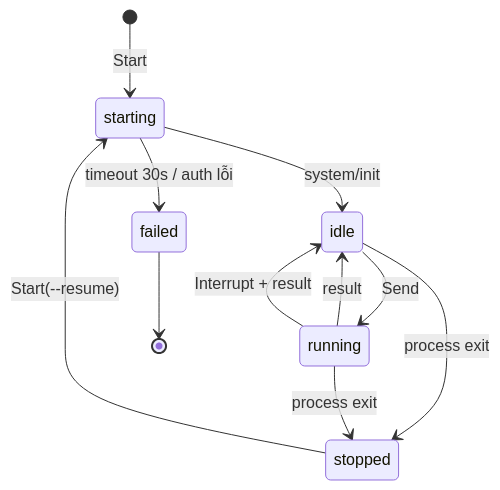
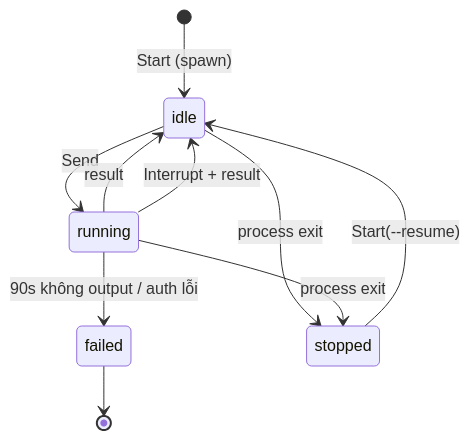
The third of 3 diagrams in docs/specs/features/agent-runtime/design.md (chjpcojit/agents-management), drawn with Mermaid before and after one commit. The commit also changed other lines of this file and 44 other files, not shown here.

````diff
--- a/docs/specs/features/agent-runtime/design.md
+++ b/docs/specs/features/agent-runtime/design.md
@@ -105,13 +109,12 @@
 ```mermaid
 stateDiagram-v2
-    [*] --> starting: Start
-    starting --> idle: system/init
-    starting --> failed: timeout 30s / auth lỗi
+    [*] --> idle: Start (spawn)
     idle --> running: Send
     running --> idle: result
     running --> idle: Interrupt + result
+    running --> failed: 90s không output / auth lỗi
     idle --> stopped: process exit
     running --> stopped: process exit
-    stopped --> starting: Start(--resume)
+    stopped --> idle: Start(--resume)
     failed --> [*]
 ```
````
